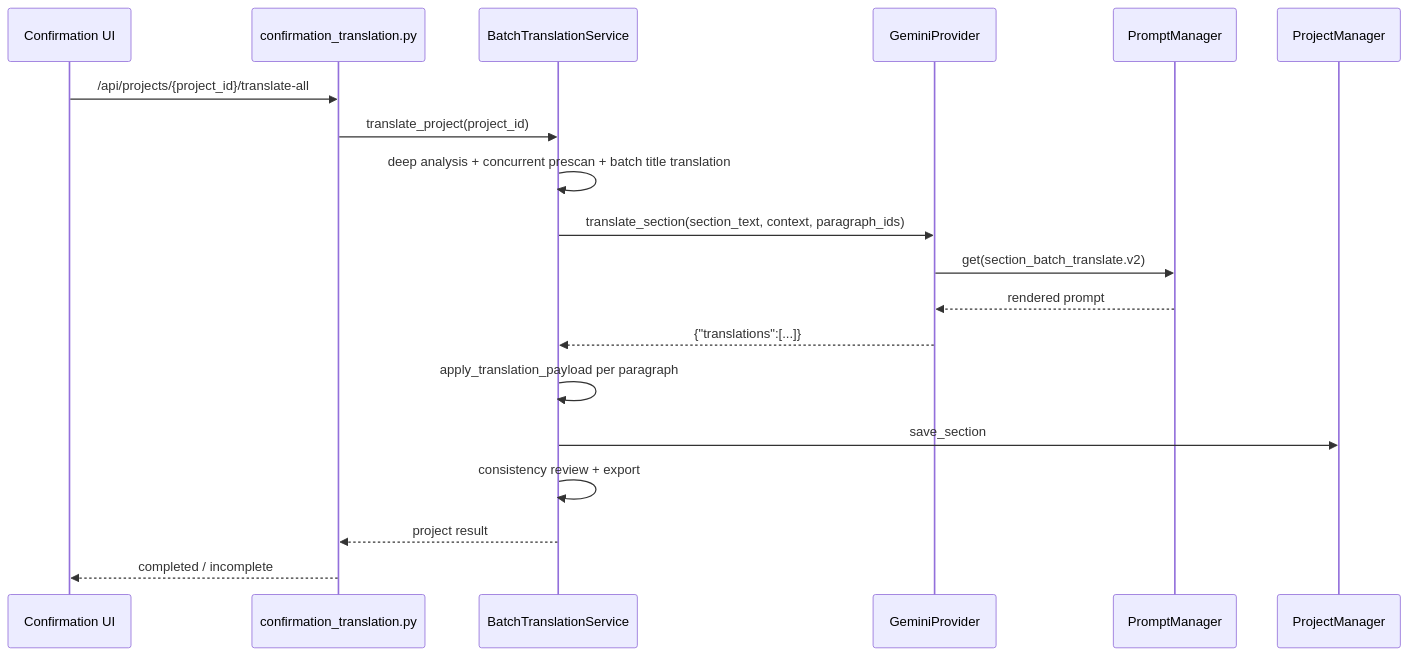
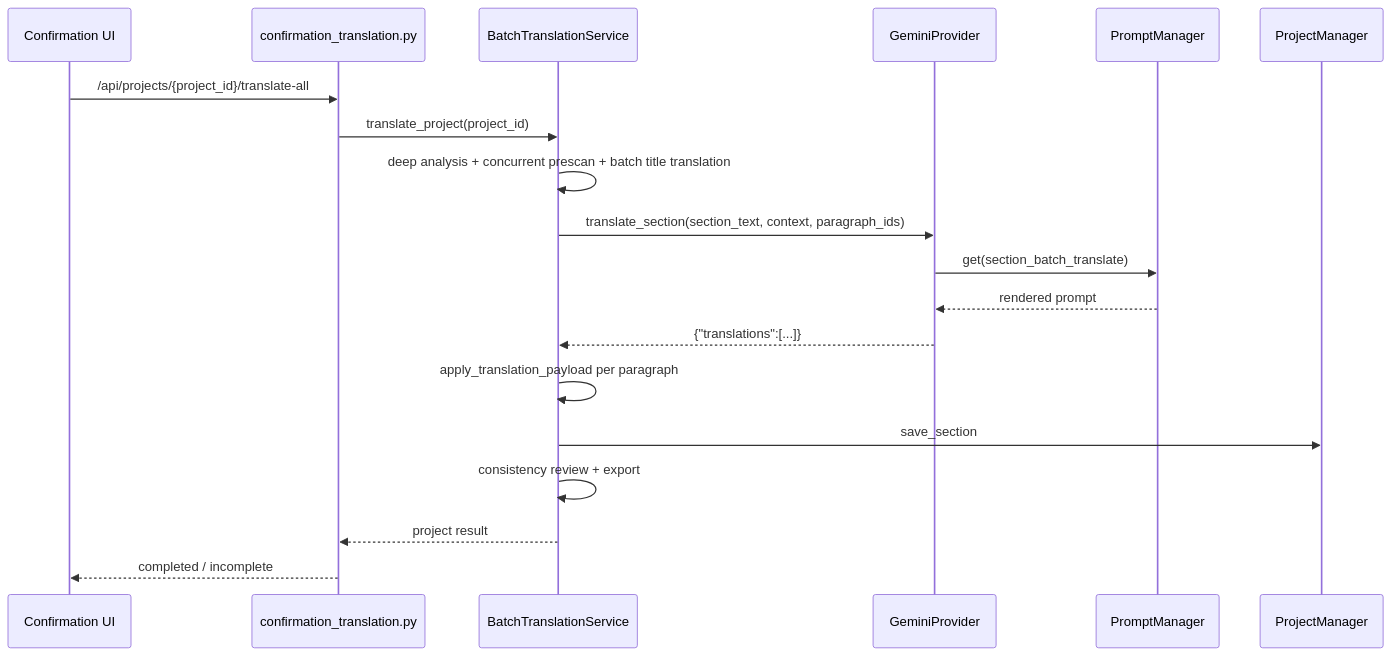
One commit to zzxxww01/translation-web changed the ninth of 11 diagrams in docs/长文翻译链路.md. Above: the diagram before and after it, drawn with Mermaid. The commit also changed other lines of this file and 174 other files, not shown here.

````diff
--- a/docs/长文翻译链路.md
+++ b/docs/长文翻译链路.md
@@ -503,22 +498,22 @@
 ```mermaid
 sequenceDiagram
     participant UI as Confirmation UI
     participant Router as confirmation_translation.py
     participant Batch as BatchTranslationService
     participant LLM as GeminiProvider
     participant PM as PromptManager
     participant Store as ProjectManager
 
     UI->>Router: /api/projects/{project_id}/translate-all
     Router->>Batch: translate_project(project_id)
     Batch->>Batch: deep analysis + concurrent prescan + batch title translation
     Batch->>LLM: translate_section(section_text, context, paragraph_ids)
-    LLM->>PM: get(section_batch_translate.v2)
+    LLM->>PM: get(section_batch_translate)
     PM-->>LLM: rendered prompt
     LLM-->>Batch: {"translations":[...]}
     Batch->>Batch: apply_translation_payload per paragraph
     Batch->>Store: save_section
     Batch->>Batch: consistency review + export
     Batch-->>Router: project result
     Router-->>UI: completed / incomplete
 ```
````
